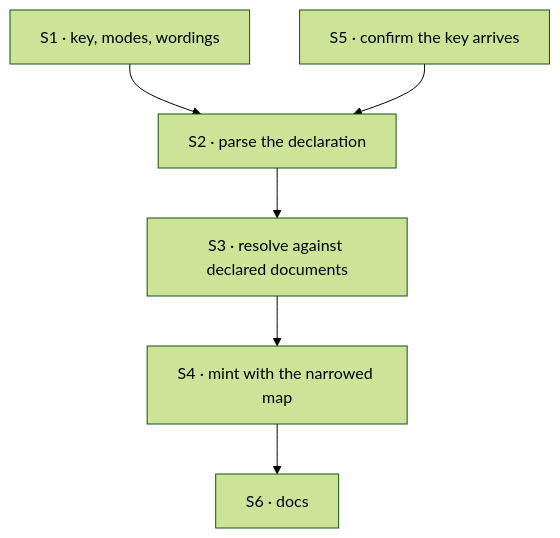
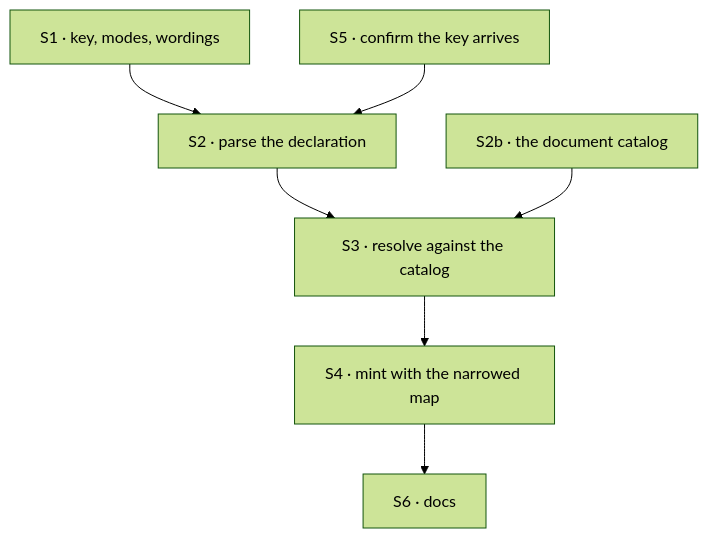
The diagram in spec/FIX-1381/PLAN.md (fixpoint-labs/flow-state-dev), drawn with Mermaid (forest theme) before and after one commit. The commit also changed other lines of this file and 4 other files, not shown here.

````diff
--- a/spec/FIX-1381/PLAN.md
+++ b/spec/FIX-1381/PLAN.md
@@ -24,8 +25,9 @@
 ```mermaid
 flowchart TD
   S1["S1 · key, modes, wordings"] --> S2["S2 · parse the declaration"]
-  S2 --> S3["S3 · resolve against declared documents"]
+  S2 --> S3["S3 · resolve against the catalog"]
+  S2b["S2b · the document catalog"] --> S3
   S3 --> S4["S4 · mint with the narrowed map"]
   S5["S5 · confirm the key arrives"] --> S2
   S4 --> S6["S6 · docs"]
 ```
````
